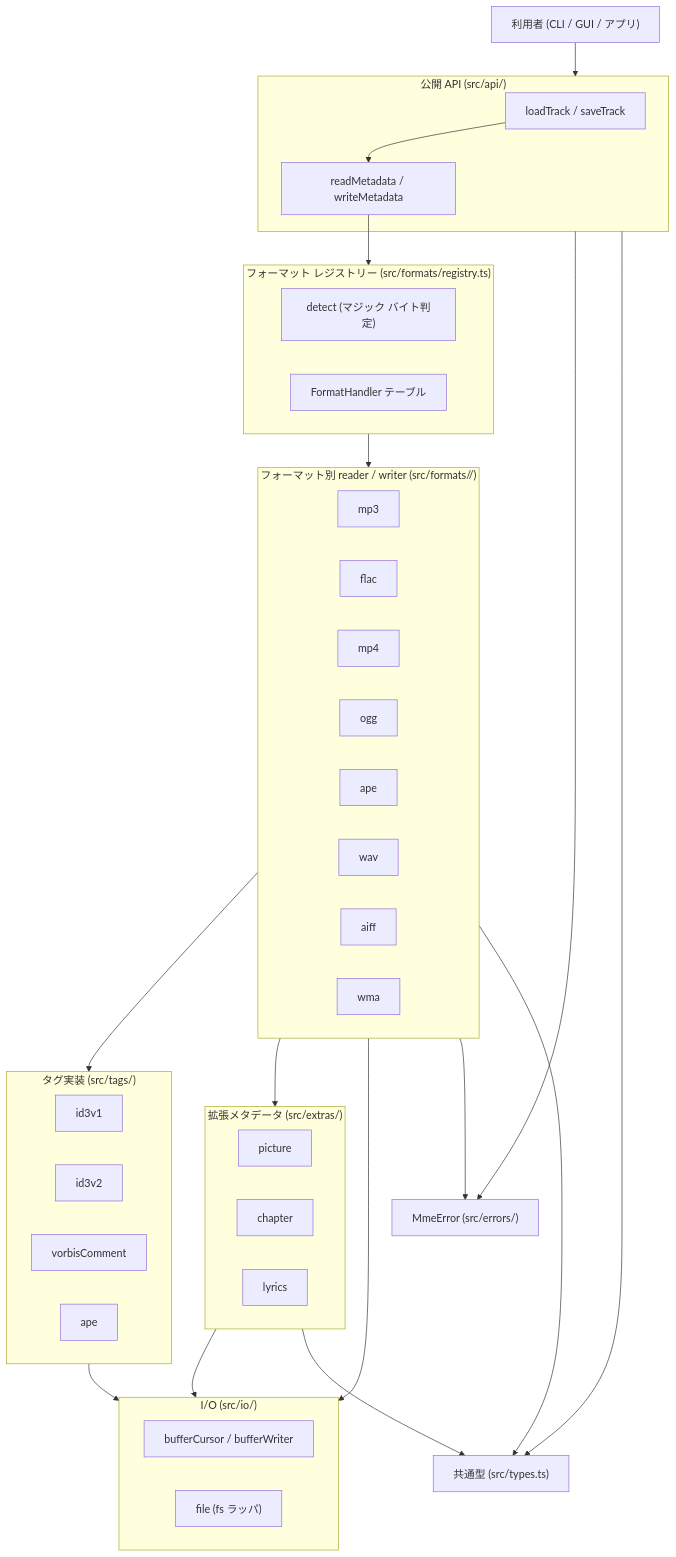
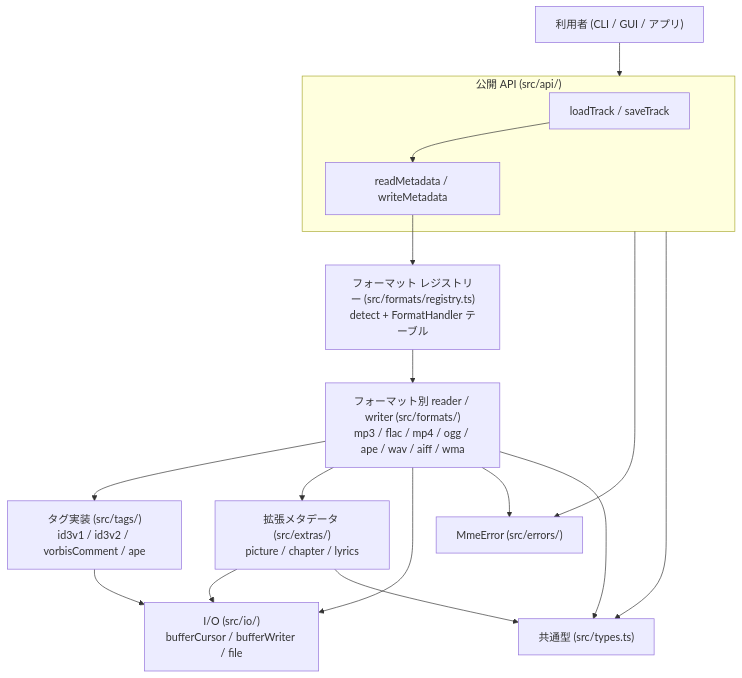
Before and after one commit to akabekobeko/npm-music-metadata-editor: the first of 5 diagrams in docs/pkg/core/architecture.md, drawn with Mermaid. The commit also changed other lines of this file and 2 other files, not shown here.

First line of the commit message:
docs(multiple): fix mermaid diagram rendering on GitHub (#33)

````diff
--- a/docs/pkg/core/architecture.md
+++ b/docs/pkg/core/architecture.md
@@ -21,54 +21,30 @@
 ```mermaid
 flowchart TB
     user["利用者 (CLI / GUI / アプリ)"]
     subgraph public["公開 API (src/api/)"]
         track["loadTrack / saveTrack"]
         meta["readMetadata / writeMetadata"]
     end
-    subgraph registry["フォーマット レジストリー (src/formats/registry.ts)"]
-        detect["detect (マジック バイト判定)"]
-        reg["FormatHandler テーブル"]
-    end
-    subgraph formats["フォーマット別 reader / writer (src/formats/<fmt>/)"]
-        mp3["mp3"]
-        flac["flac"]
-        mp4["mp4"]
-        ogg["ogg"]
-        ape["ape"]
-        wav["wav"]
-        aiff["aiff"]
-        wma["wma"]
-    end
-    subgraph tags["タグ実装 (src/tags/)"]
-        id3v1["id3v1"]
-        id3v2["id3v2"]
-        vorbis["vorbisComment"]
-        apeTag["ape"]
-    end
-    subgraph extras["拡張メタデータ (src/extras/)"]
-        picture["picture"]
-        chapter["chapter"]
-        lyrics["lyrics"]
-    end
-    subgraph io["I/O (src/io/)"]
-        cursor["bufferCursor / bufferWriter"]
-        file["file (fs ラッパ)"]
-    end
+    registry["フォーマット レジストリー (src/formats/registry.ts)<br/>detect + FormatHandler テーブル"]
+    formats["フォーマット別 reader / writer (src/formats/)<br/>mp3 / flac / mp4 / ogg / ape / wav / aiff / wma"]
+    tags["タグ実装 (src/tags/)<br/>id3v1 / id3v2 / vorbisComment / ape"]
+    extras["拡張メタデータ (src/extras/)<br/>picture / chapter / lyrics"]
+    io["I/O (src/io/)<br/>bufferCursor / bufferWriter / file"]
     types["共通型 (src/types.ts)"]
     errors["MmeError (src/errors/)"]
 
     user --> public
     track --> meta
     meta --> registry
     registry --> formats
     formats --> tags
     formats --> extras
     formats --> io
+    tags --> io
     extras --> io
-    tags --> io
     public --> errors
     formats --> errors
+    public --> types
     formats --> types
     extras --> types
-    public --> types
 ```
````
